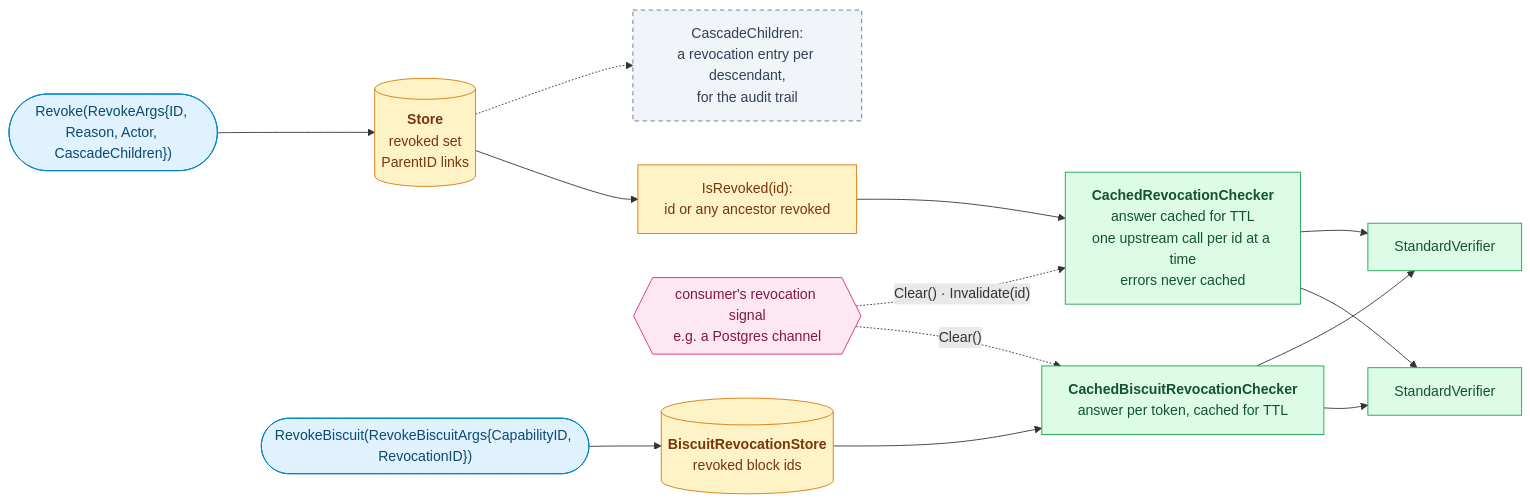
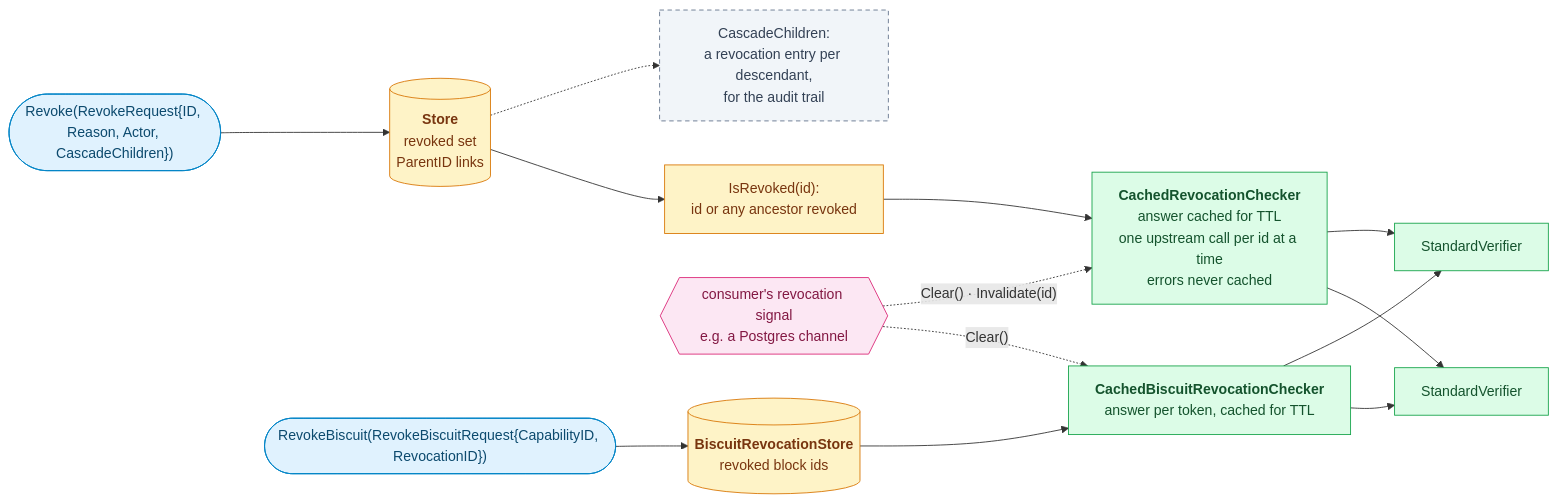
One commit to oleg-tkachuk/paladin changed the tenth of 10 diagrams in capability/docs/diagrams.md. Above: the diagram before and after it, drawn with Mermaid. The commit also changed other lines of this file and 52 other files, not shown here.

First line of the commit message:
refactor(capability)!: name every input a request and every read by what it reads

````diff
--- a/capability/docs/diagrams.md
+++ b/capability/docs/diagrams.md
@@ -511,36 +511,36 @@
 ```mermaid
 flowchart LR
-    op(["Revoke(RevokeArgs{ID, Reason, Actor, CascadeChildren})"])
+    op(["Revoke(RevokeRequest{ID, Reason, Actor, CascadeChildren})"])
     store[("<b>Store</b><br/>revoked set<br/>ParentID links")]
     cascade["CascadeChildren:<br/>a revocation entry per descendant,<br/>for the audit trail"]
     chain["IsRevoked(id):<br/>id or any ancestor revoked"]
     cache["<b>CachedRevocationChecker</b><br/>answer cached for TTL<br/>one upstream call per id at a time<br/>errors never cached"]
     notify{{"consumer's revocation signal<br/>e.g. a Postgres channel"}}
-    bop(["RevokeBiscuit(RevokeBiscuitArgs{CapabilityID, RevocationID})"])
+    bop(["RevokeBiscuit(RevokeBiscuitRequest{CapabilityID, RevocationID})"])
     blist[("<b>BiscuitRevocationStore</b><br/>revoked block ids")]
     bcache["<b>CachedBiscuitRevocationChecker</b><br/>answer per token, cached for TTL"]
     v1["StandardVerifier"]
     v2["StandardVerifier"]
 
     op --> store
     store -.-> cascade
     store --> chain --> cache
     cache --> v1
     cache --> v2
     notify -. "Clear() · Invalidate(id)" .-> cache
     bop --> blist --> bcache
     bcache --> v1
     bcache --> v2
     notify -. "Clear()" .-> bcache
 
     classDef client fill:#E0F2FE,stroke:#0284C7,color:#0C4A6E
     classDef role fill:#DCFCE7,stroke:#16A34A,color:#14532D
     classDef optional fill:#F1F5F9,stroke:#64748B,color:#334155,stroke-dasharray:5 4
     classDef store fill:#FEF3C7,stroke:#D97706,color:#78350F
     classDef external fill:#FCE7F3,stroke:#DB2777,color:#831843
     class op,bop client
     class v1,v2,cache,bcache role
     class cascade optional
     class store,chain,blist store
     class notify external
 ```
````
